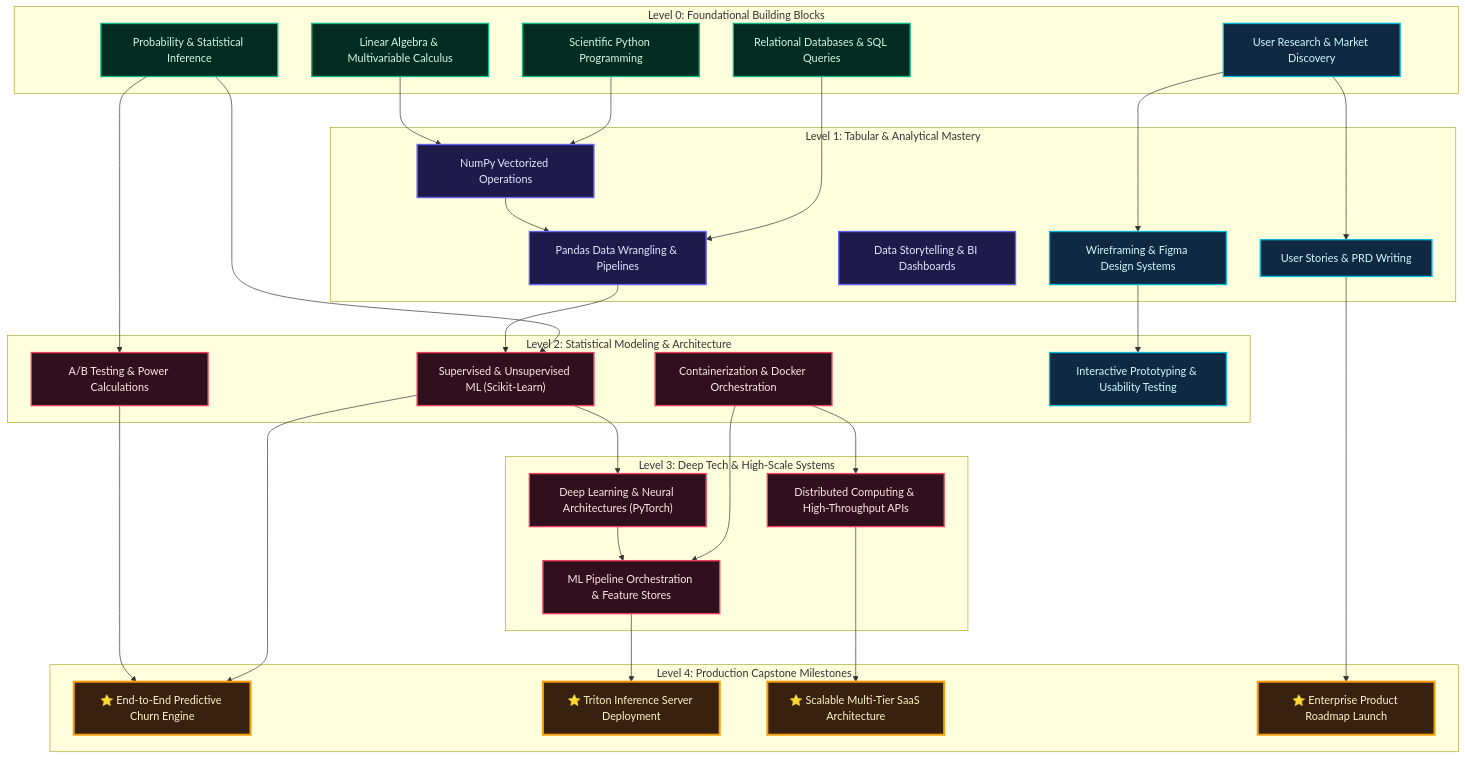
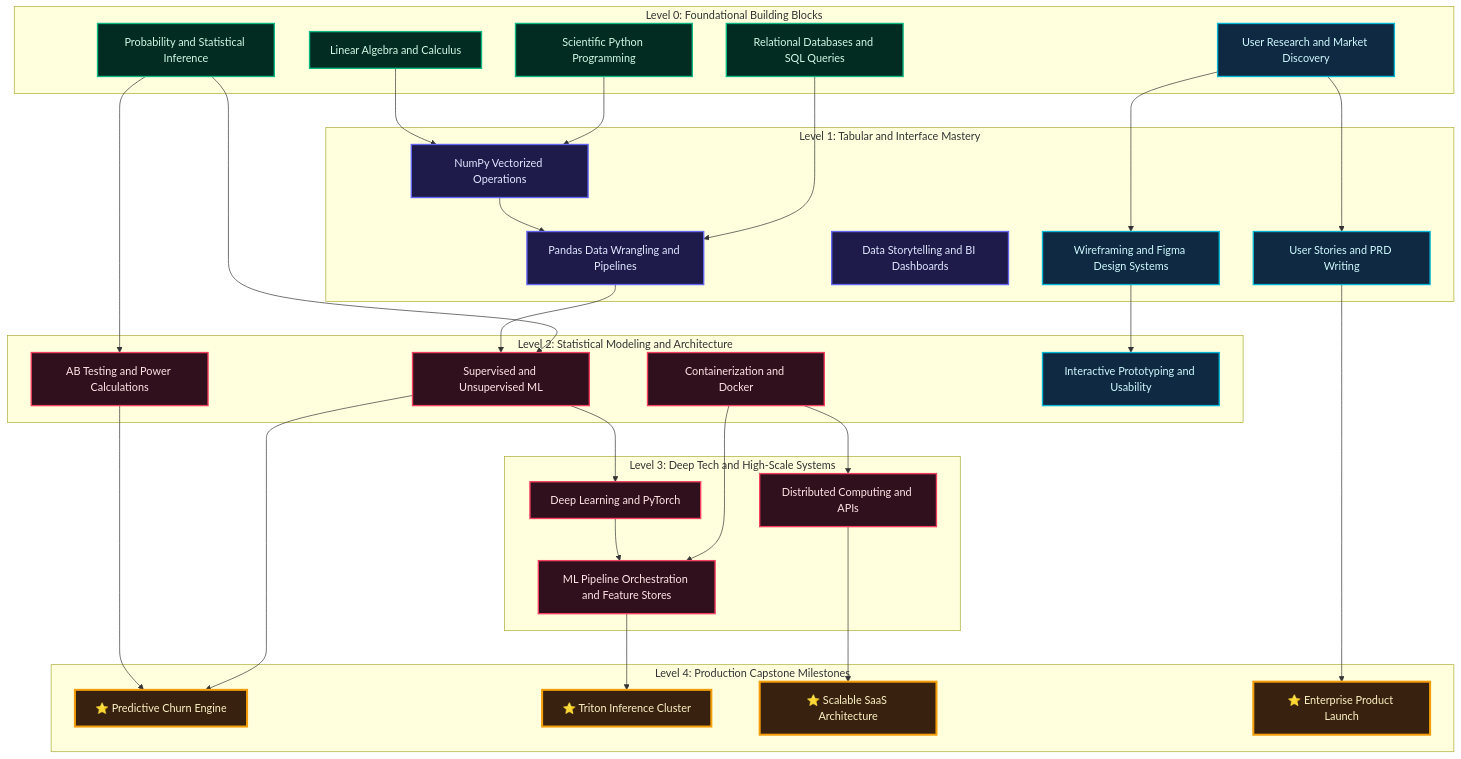
The third of 6 diagrams in README.md (sheikhayaan/CareerGPS), drawn with Mermaid before and after one commit. The commit also changed other lines of this file and 4 other files, not shown here.

Commit message:
docs(readme): add high-res animated glowing tree, pie chart, salary histogram, and DAG SVGs

````diff
--- a/README.md
+++ b/README.md
@@ -180,68 +195,68 @@
 ```mermaid
 flowchart TD
     %% Node Aesthetic Classes
     classDef foundational fill:#022C22,stroke:#10B981,stroke-width:2px,color:#D1FAE5;
     classDef intermediate fill:#1E1B4B,stroke:#6366F1,stroke-width:2px,color:#E0E7FF;
     classDef advanced fill:#31101E,stroke:#F43F5E,stroke-width:2px,color:#FFE4E6;
     classDef capstone fill:#38220F,stroke:#F59E0B,stroke-width:3px,color:#FEF3C7;
     classDef nontech fill:#0F2942,stroke:#06B6D4,stroke-width:2px,color:#CFFAFE;
 
     subgraph Tier0["Level 0: Foundational Building Blocks"]
-        MATH["Linear Algebra & Multivariable Calculus"]:::foundational
-        STATS["Probability & Statistical Inference"]:::foundational
+        MATH["Linear Algebra and Calculus"]:::foundational
+        STATS["Probability and Statistical Inference"]:::foundational
         PY["Scientific Python Programming"]:::foundational
-        SQL["Relational Databases & SQL Queries"]:::foundational
-        RESEARCH["User Research & Market Discovery"]:::nontech
+        SQL["Relational Databases and SQL Queries"]:::foundational
+        RESEARCH["User Research and Market Discovery"]:::nontech
     end
 
-    subgraph Tier1["Level 1: Tabular & Analytical Mastery"]
+    subgraph Tier1["Level 1: Tabular and Interface Mastery"]
         NUMPY["NumPy Vectorized Operations"]:::intermediate
-        PANDAS["Pandas Data Wrangling & Pipelines"]:::intermediate
-        VIZ["Data Storytelling & BI Dashboards"]:::intermediate
-        FIGMA["Wireframing & Figma Design Systems"]:::nontech
-        SPEC["User Stories & PRD Writing"]:::nontech
+        PANDAS["Pandas Data Wrangling and Pipelines"]:::intermediate
+        VIZ["Data Storytelling and BI Dashboards"]:::intermediate
+        FIGMA["Wireframing and Figma Design Systems"]:::nontech
+        SPEC["User Stories and PRD Writing"]:::nontech
     end
 
-    subgraph Tier2["Level 2: Statistical Modeling & Architecture"]
-        SKLEARN["Supervised & Unsupervised ML (Scikit-Learn)"]:::advanced
-        EXPERIMENT["A/B Testing & Power Calculations"]:::advanced
-        DOCKER["Containerization & Docker Orchestration"]:::advanced
-        USABILITY["Interactive Prototyping & Usability Testing"]:::nontech
+    subgraph Tier2["Level 2: Statistical Modeling and Architecture"]
+        SKLEARN["Supervised and Unsupervised ML"]:::advanced
+        EXPERIMENT["AB Testing and Power Calculations"]:::advanced
+        DOCKER["Containerization and Docker"]:::advanced
+        USABILITY["Interactive Prototyping and Usability"]:::nontech
     end
 
-    subgraph Tier3["Level 3: Deep Tech & High-Scale Systems"]
-        PYTORCH["Deep Learning & Neural Architectures (PyTorch)"]:::advanced
-        MLOPS["ML Pipeline Orchestration & Feature Stores"]:::advanced
-        DISTRIBUTED["Distributed Computing & High-Throughput APIs"]:::advanced
+    subgraph Tier3["Level 3: Deep Tech and High-Scale Systems"]
+        PYTORCH["Deep Learning and PyTorch"]:::advanced
+        MLOPS["ML Pipeline Orchestration and Feature Stores"]:::advanced
+        DISTRIBUTED["Distributed Computing and APIs"]:::advanced
     end
 
     subgraph Tier4["Level 4: Production Capstone Milestones"]
-        CAP_DS["⭐ End-to-End Predictive Churn Engine"]:::capstone
-        CAP_ML["⭐ Triton Inference Server Deployment"]:::capstone
-        CAP_PROD["⭐ Scalable Multi-Tier SaaS Architecture"]:::capstone
-        CAP_PM["⭐ Enterprise Product Roadmap Launch"]:::capstone
+        CAP_DS["⭐ Predictive Churn Engine"]:::capstone
+        CAP_ML["⭐ Triton Inference Cluster"]:::capstone
+        CAP_PROD["⭐ Scalable SaaS Architecture"]:::capstone
+        CAP_PM["⭐ Enterprise Product Launch"]:::capstone
     end
 
     %% Dependency Edges
     MATH --> NUMPY
     STATS --> EXPERIMENT
     PY --> NUMPY
     NUMPY --> PANDAS
     SQL --> PANDAS
     PANDAS --> SKLEARN
     STATS --> SKLEARN
     SKLEARN --> PYTORCH
     PYTORCH --> MLOPS
     DOCKER --> MLOPS
     DOCKER --> DISTRIBUTED
 
     RESEARCH --> FIGMA
     RESEARCH --> SPEC
     FIGMA --> USABILITY
     SPEC --> CAP_PM
 
     EXPERIMENT --> CAP_DS
     SKLEARN --> CAP_DS
     MLOPS --> CAP_ML
     DISTRIBUTED --> CAP_PROD
 ```
````
